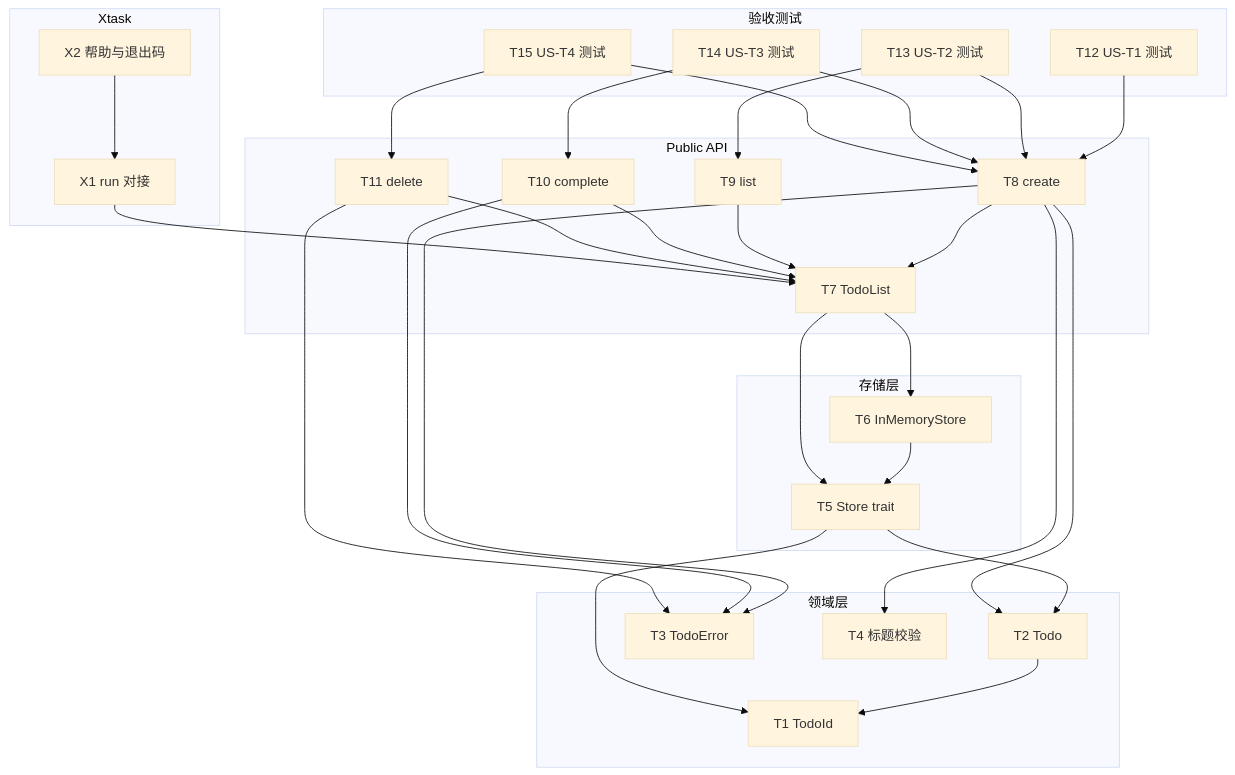
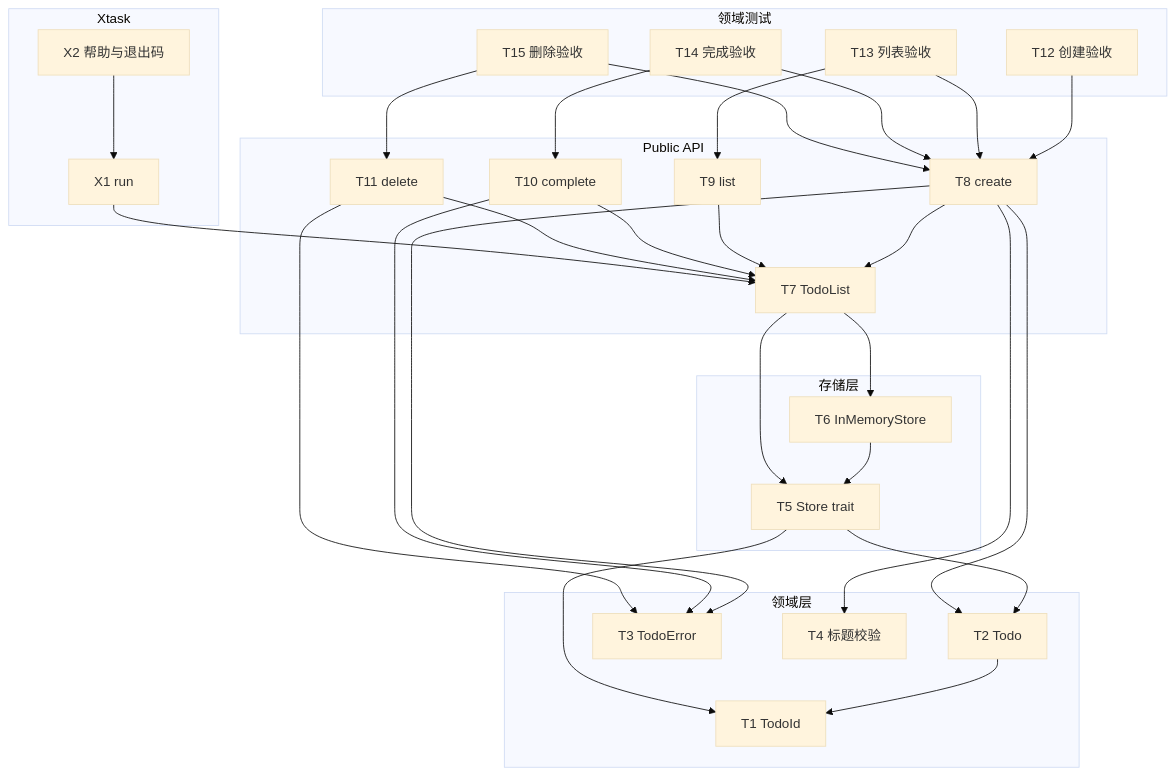
The diagram in docs/tasks.md (TangCan/xtask_todo), drawn with Mermaid (base theme) before and after one commit. The commit also changed other lines of this file and 37 other files, not shown here.

````diff
--- a/docs/tasks.md
+++ b/docs/tasks.md
@@ -9,55 +24,55 @@
 ```mermaid
 flowchart TD
     subgraph Domain["领域层"]
         T1[T1 TodoId]
         T2[T2 Todo]
         T3[T3 TodoError]
         T4[T4 标题校验]
     end
     subgraph Storage["存储层"]
         T5[T5 Store trait]
         T6[T6 InMemoryStore]
     end
     subgraph API["Public API"]
         T7[T7 TodoList]
         T8[T8 create]
         T9[T9 list]
         T10[T10 complete]
         T11[T11 delete]
     end
-    subgraph Tests["验收测试"]
-        T12[T12 US-T1 测试]
-        T13[T13 US-T2 测试]
-        T14[T14 US-T3 测试]
-        T15[T15 US-T4 测试]
+    subgraph Tests["领域测试"]
+        T12[T12 创建验收]
+        T13[T13 列表验收]
+        T14[T14 完成验收]
+        T15[T15 删除验收]
     end
     subgraph Xtask["Xtask"]
-        X1[X1 run 对接]
+        X1[X1 run]
         X2[X2 帮助与退出码]
     end
 
     T2 --> T1
     T5 --> T1
     T5 --> T2
     T6 --> T5
     T7 --> T5
     T7 --> T6
     T8 --> T7
     T8 --> T2
     T8 --> T3
     T8 --> T4
     T9 --> T7
     T10 --> T7
     T10 --> T3
     T11 --> T7
     T11 --> T3
     T12 --> T8
     T13 --> T9
     T13 --> T8
     T14 --> T10
     T14 --> T8
     T15 --> T11
     T15 --> T8
     X1 --> T7
     X2 --> X1
 ```
````
